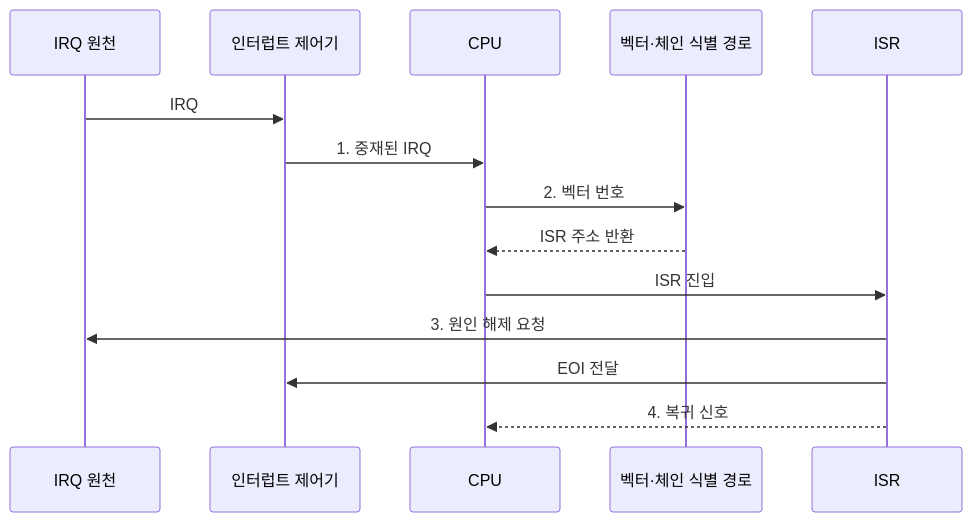
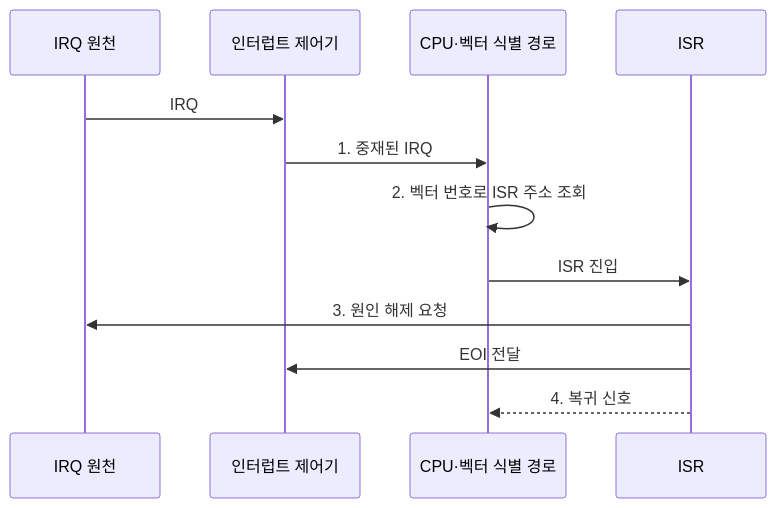
The second of 2 diagrams in src/content/docs/notes/02-hardware/034_interrupt_handling.md (agnusdei1207/knowledge-base), drawn with Mermaid before and after one commit. The commit also changed 9 other files, not shown here.

Commit message:
Reduce redundant hardware flow roles

````diff
--- a/src/content/docs/notes/02-hardware/034_interrupt_handling.md
+++ b/src/content/docs/notes/02-hardware/034_interrupt_handling.md
@@ -98,16 +98,14 @@
 ```mermaid
 sequenceDiagram
     participant D as IRQ 원천
     participant C as 인터럽트 제어기
-    participant P as CPU
-    participant V as 벡터·체인 식별 경로
+    participant P as CPU·벡터 식별 경로
     participant I as ISR
     D->>C: IRQ
     C->>P: 1. 중재된 IRQ
-    P->>V: 2. 벡터 번호
-    V-->>P: ISR 주소 반환
+    P->>P: 2. 벡터 번호로 ISR 주소 조회
     P->>I: ISR 진입
     I->>D: 3. 원인 해제 요청
     I->>C: EOI 전달
     I-->>P: 4. 복귀 신호
 ```
````
